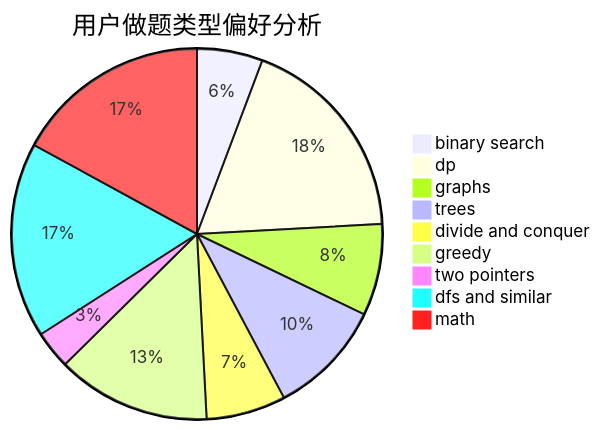
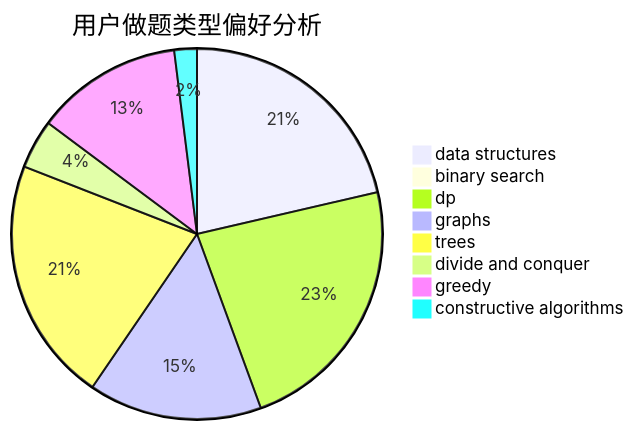
One commit to sherpahu/cfrs.github.io changed the second of 3 diagrams in docs/user/u2509.md. Above: the diagram before and after it, drawn with Mermaid. The commit also changed other lines of this file and 2775 other files, not shown here.

````diff
--- a/docs/user/u2509.md
+++ b/docs/user/u2509.md
@@ -23,12 +23,11 @@
 ```mermaid
 pie title 用户做题类型偏好分析
-    "binary search" :  38
-    "dp" :  122
-    "graphs" :  53
-    "trees" :  67
-    "divide and conquer" :  46
-    "greedy" :  89
-    "two pointers" :  22
-    "dfs and similar" :  113
-    "math" :  113
+    "data structures" :  65
+    "binary search" :  0
+    "dp" :  70
+    "graphs" :  46
+    "trees" :  65
+    "divide and conquer" :  13
+    "greedy" :  39
+    "constructive algorithms" :  6
 ```
````
